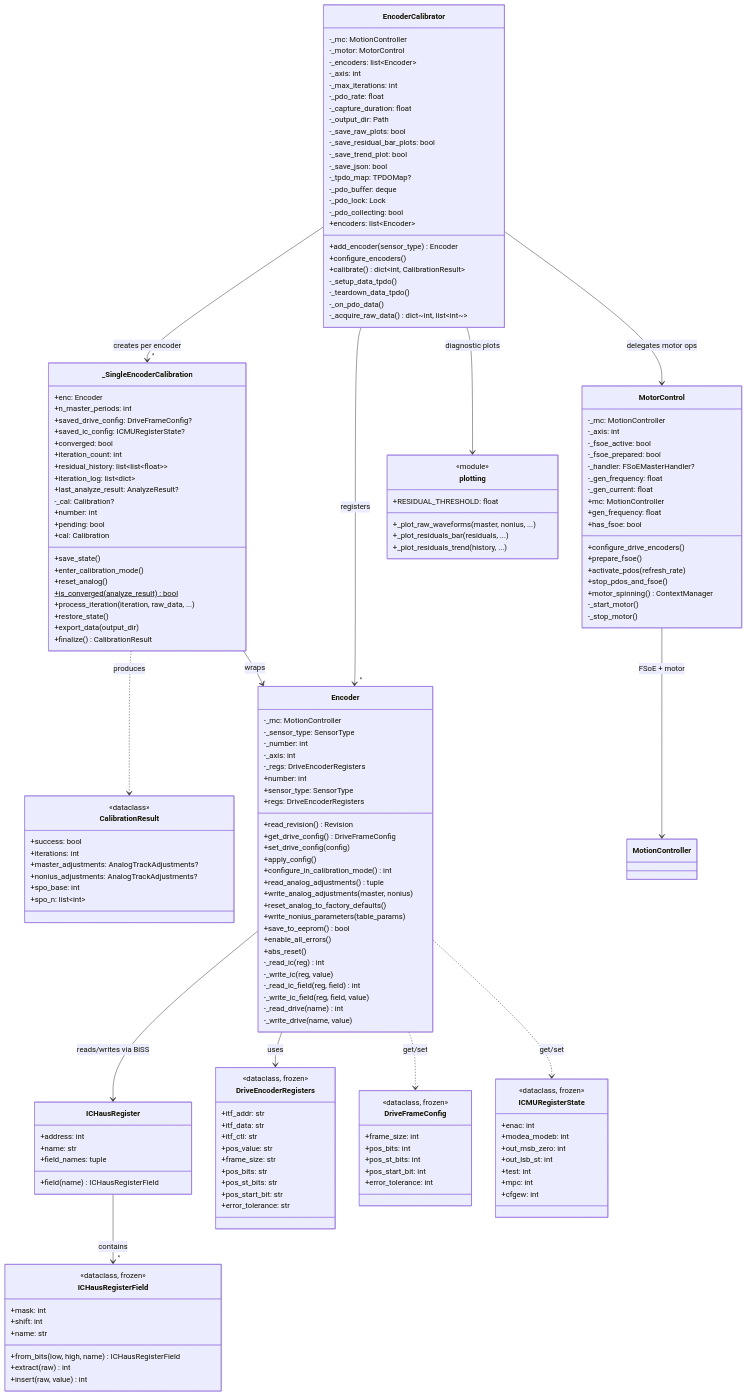
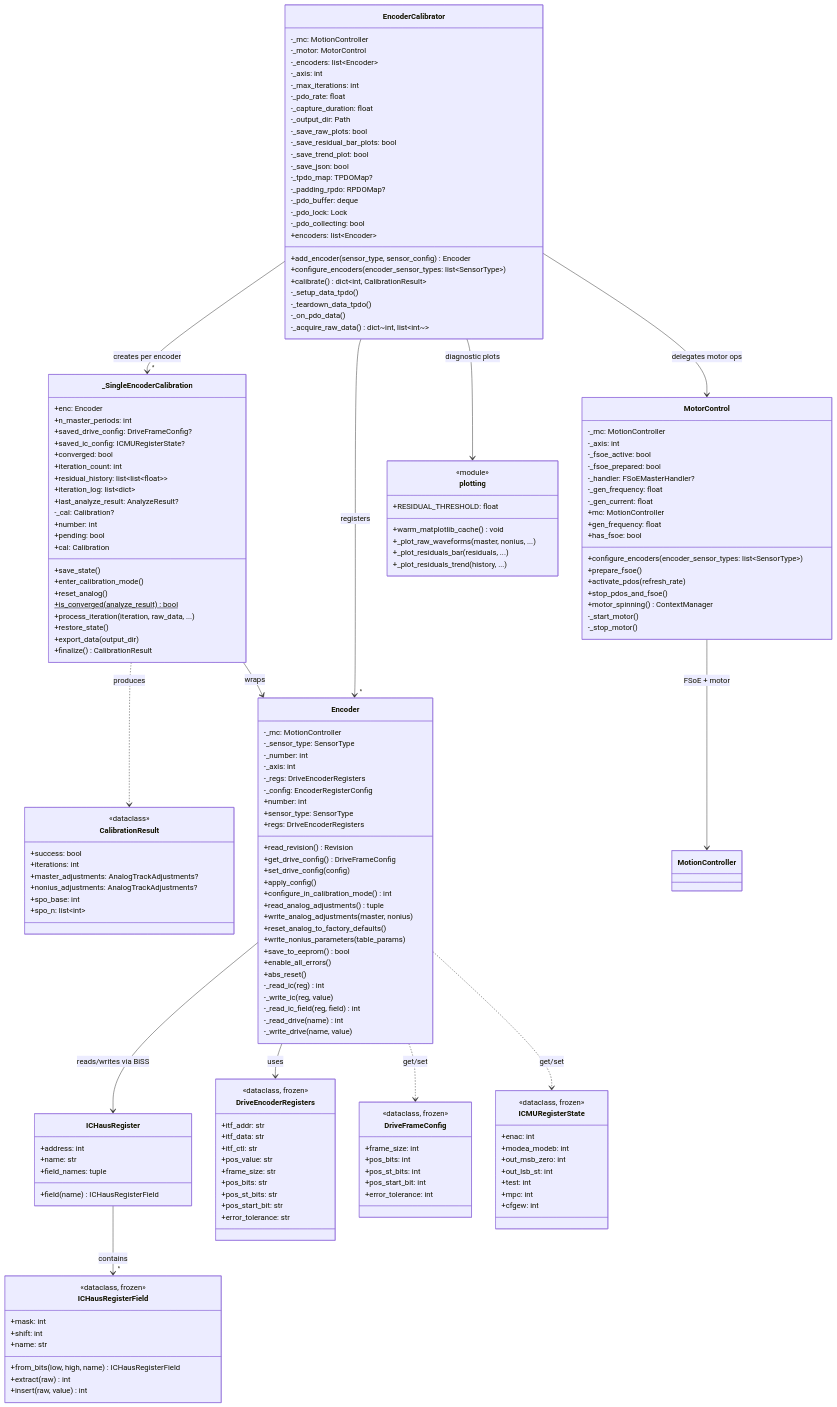
Before and after one commit to ingeniamc/iC-Haus-magnetic-encoder-calibration: the third of 3 diagrams in architecture.md, drawn with Mermaid. The commit also changed other lines of this file and 1 other file, not shown here.

Commit message:
Update architecture and remove dead code.

```diff
--- a/architecture.md
+++ b/architecture.md
@@ -318,6 +322,7 @@
         -_number: int
         -_axis: int
         -_regs: DriveEncoderRegisters
+        -_config: EncoderRegisterConfig
         +number: int
         +sensor_type: SensorType
         +regs: DriveEncoderRegisters
@@ -336,7 +341,6 @@
         -_read_ic(reg) int
         -_write_ic(reg, value)
         -_read_ic_field(reg, field) int
-        -_write_ic_field(reg, field, value)
         -_read_drive(name) int
         -_write_drive(name, value)
     }
@@ -352,7 +356,7 @@
         +mc: MotionController
         +gen_frequency: float
         +has_fsoe: bool
-        +configure_drive_encoders()
+        +configure_encoders(encoder_sensor_types: list~SensorType~)
         +prepare_fsoe()
         +activate_pdos(refresh_rate)
         +stop_pdos_and_fsoe()
@@ -399,12 +403,13 @@
         -_save_trend_plot: bool
         -_save_json: bool
         -_tpdo_map: TPDOMap?
+        -_padding_rpdo: RPDOMap?
         -_pdo_buffer: deque
         -_pdo_lock: Lock
         -_pdo_collecting: bool
         +encoders: list~Encoder~
-        +add_encoder(sensor_type) Encoder
-        +configure_encoders()
+        +add_encoder(sensor_type, sensor_config) Encoder
+        +configure_encoders(encoder_sensor_types: list~SensorType~)
         +calibrate() dict~int, CalibrationResult~
         -_setup_data_tpdo()
         -_teardown_data_tpdo()
@@ -415,6 +420,7 @@
     class plotting {
         <<module>>
         +RESIDUAL_THRESHOLD: float
+        +warm_matplotlib_cache() void
         +_plot_raw_waveforms(master, nonius, ...)
         +_plot_residuals_bar(residuals, ...)
         +_plot_residuals_trend(history, ...)
```
